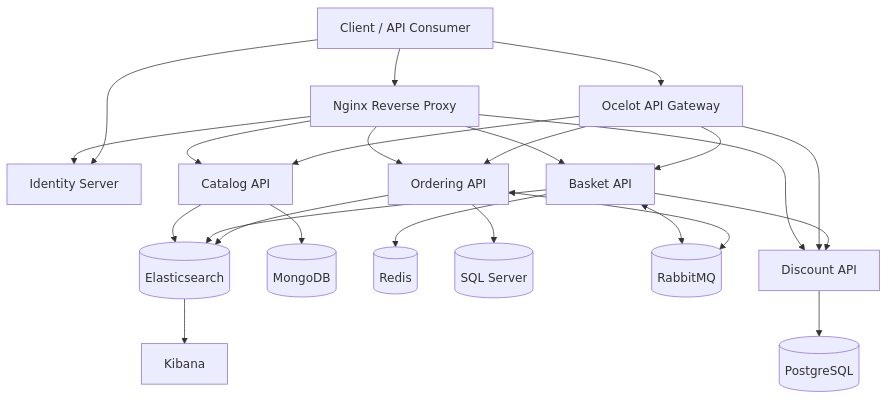
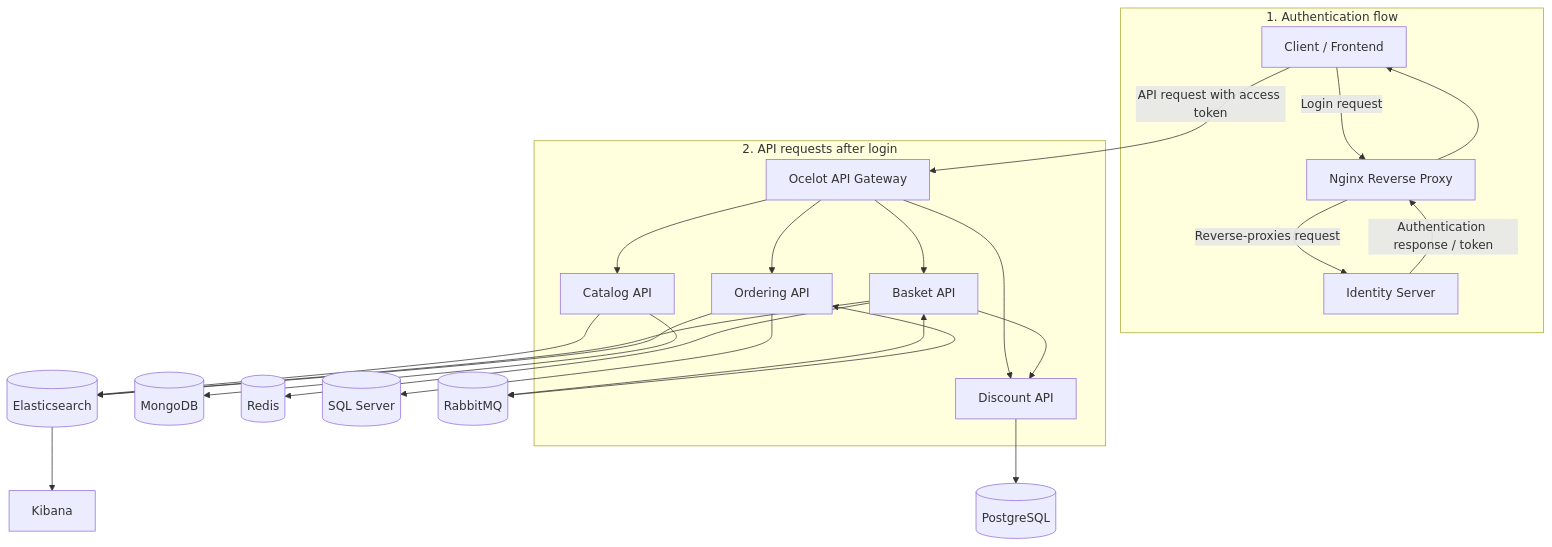
The diagram in README.md (Ahmed010Ashraf/Microservices.Ecommerce.Api), drawn with Mermaid before and after one commit. The commit also changed other lines of this file, not shown here.

Commit message:
docs:correct microservices architecture diagram

````diff
--- a/README.md
+++ b/README.md
@@ -45,42 +45,45 @@
-``` mermaid
+```mermaid
 flowchart TB
-    Client[Client / API Consumer]
+    Client[Client / Frontend]
     Nginx[Nginx Reverse Proxy]
-    Ocelot[Ocelot API Gateway]
     Identity[Identity Server]
+    Gateway[Ocelot API Gateway]
     Catalog[Catalog API]
     Basket[Basket API]
     Discount[Discount API]
     Ordering[Ordering API]
     Mongo[(MongoDB)]
     Redis[(Redis)]
     Postgres[(PostgreSQL)]
     SQL[(SQL Server)]
     RabbitMQ[(RabbitMQ)]
     Elastic[(Elasticsearch)]
     Kibana[Kibana]
 
-    Client --> Nginx
-    Client --> Ocelot
-    Nginx --> Identity
-    Nginx --> Catalog
-    Nginx --> Basket
-    Nginx --> Discount
-    Nginx --> Ordering
-    Ocelot --> Catalog
-    Ocelot --> Basket
-    Ocelot --> Discount
-    Ocelot --> Ordering
+    subgraph AuthFlow["1. Authentication flow"]
+        Client -->|Login request| Nginx
+        Nginx -->|Reverse-proxies request| Identity
+        Identity -->|Authentication response / token| Nginx
+        Nginx --> Client
+    end
+
+    subgraph ApiFlow["2. API requests after login"]
+        Client -->|API request with access token| Gateway
+        Gateway --> Catalog
+        Gateway --> Basket
+        Gateway --> Discount
+        Gateway --> Ordering
+    end
+
     Catalog --> Mongo
     Basket --> Redis
     Basket --> Discount
     Discount --> Postgres
     Ordering --> SQL
     Basket <--> RabbitMQ
     Ordering <--> RabbitMQ
     Catalog --> Elastic
     Basket --> Elastic
     Ordering --> Elastic
     Elastic --> Kibana
-    Client --> Identity
 ```
````
